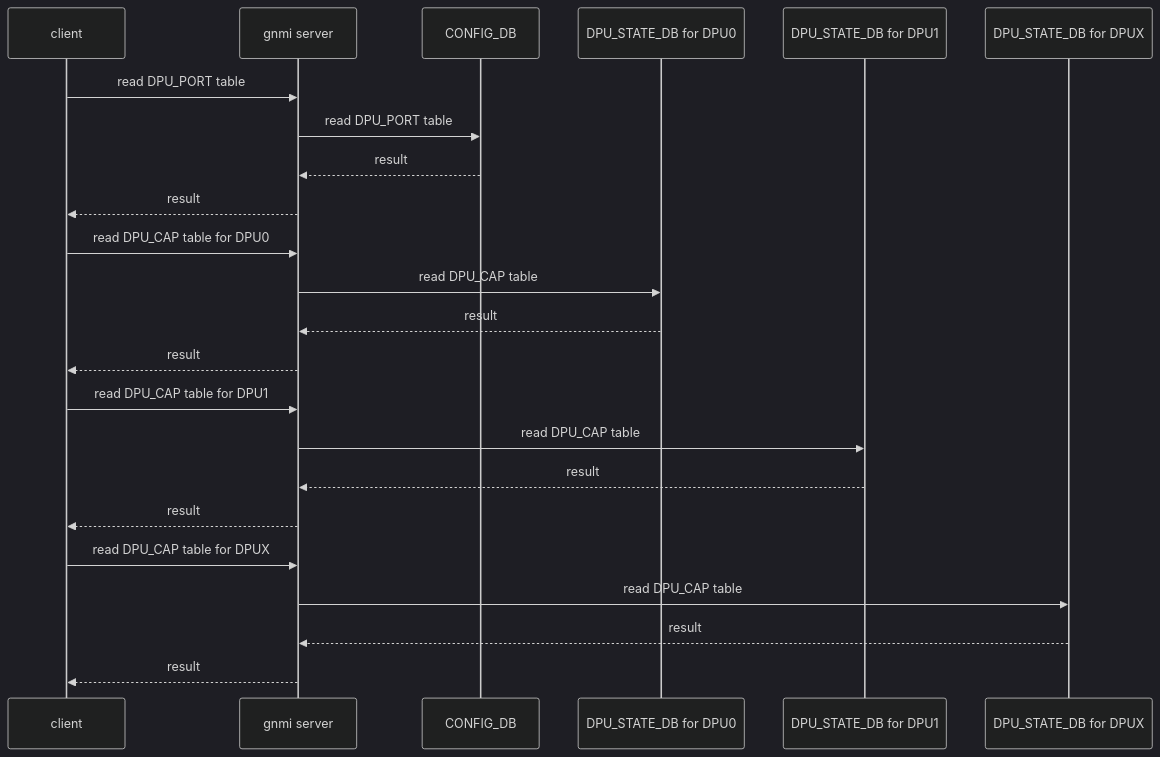
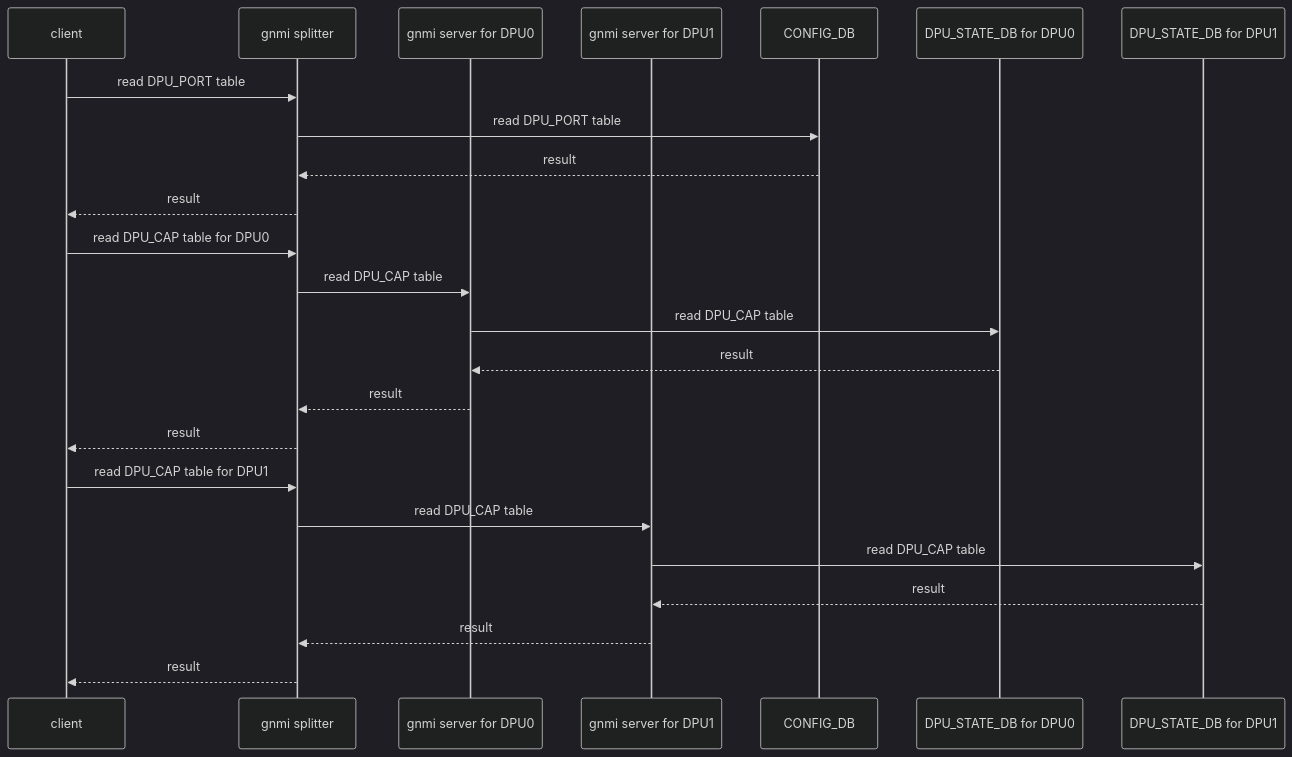
One commit to wen587/mermaid changed the diagram in DPU_CAP.md. Above: the diagram before and after it, drawn with Mermaid (dark theme).

````diff
--- a/DPU_CAP.md
+++ b/DPU_CAP.md
@@ -1,25 +1,26 @@
 ```mermaid
 sequenceDiagram
     participant client
-    participant gnmi server
+    participant gnmi splitter
+    participant gnmi server for DPU0
+    participant gnmi server for DPU1
     participant CONFIG_DB
     participant DPU_STATE_DB for DPU0
     participant DPU_STATE_DB for DPU1
-    participant DPU_STATE_DB for DPUX
-    client->>gnmi server: read DPU_PORT table
-    gnmi server->>CONFIG_DB: read DPU_PORT table
-    CONFIG_DB-->>gnmi server: result
-    gnmi server-->>client: result
-    client->>gnmi server: read DPU_CAP table for DPU0
-    gnmi server->>DPU_STATE_DB for DPU0: read DPU_CAP table
-    DPU_STATE_DB for DPU0-->>gnmi server: result
-    gnmi server-->>client: result
-    client->>gnmi server: read DPU_CAP table for DPU1
-    gnmi server->>DPU_STATE_DB for DPU1: read DPU_CAP table
-    DPU_STATE_DB for DPU1-->>gnmi server: result
-    gnmi server-->>client: result
-    client->>gnmi server: read DPU_CAP table for DPUX
-    gnmi server->>DPU_STATE_DB for DPUX: read DPU_CAP table
-    DPU_STATE_DB for DPUX-->>gnmi server: result
-    gnmi server-->>client: result
+    client->>gnmi splitter: read DPU_PORT table
+    gnmi splitter->>CONFIG_DB: read DPU_PORT table
+    CONFIG_DB-->>gnmi splitter: result
+    gnmi splitter-->>client: result
+    client->>gnmi splitter: read DPU_CAP table for DPU0
+    gnmi splitter->>gnmi server for DPU0: read DPU_CAP table
+    gnmi server for DPU0->>DPU_STATE_DB for DPU0: read DPU_CAP table
+    DPU_STATE_DB for DPU0-->>gnmi server for DPU0: result
+    gnmi server for DPU0-->>gnmi splitter: result
+    gnmi splitter-->>client: result
+    client->>gnmi splitter: read DPU_CAP table for DPU1
+    gnmi splitter->>gnmi server for DPU1: read DPU_CAP table
+    gnmi server for DPU1->>DPU_STATE_DB for DPU1: read DPU_CAP table
+    DPU_STATE_DB for DPU1-->>gnmi server for DPU1: result
+    gnmi server for DPU1-->>gnmi splitter: result
+    gnmi splitter-->>client: result
 ```
````
